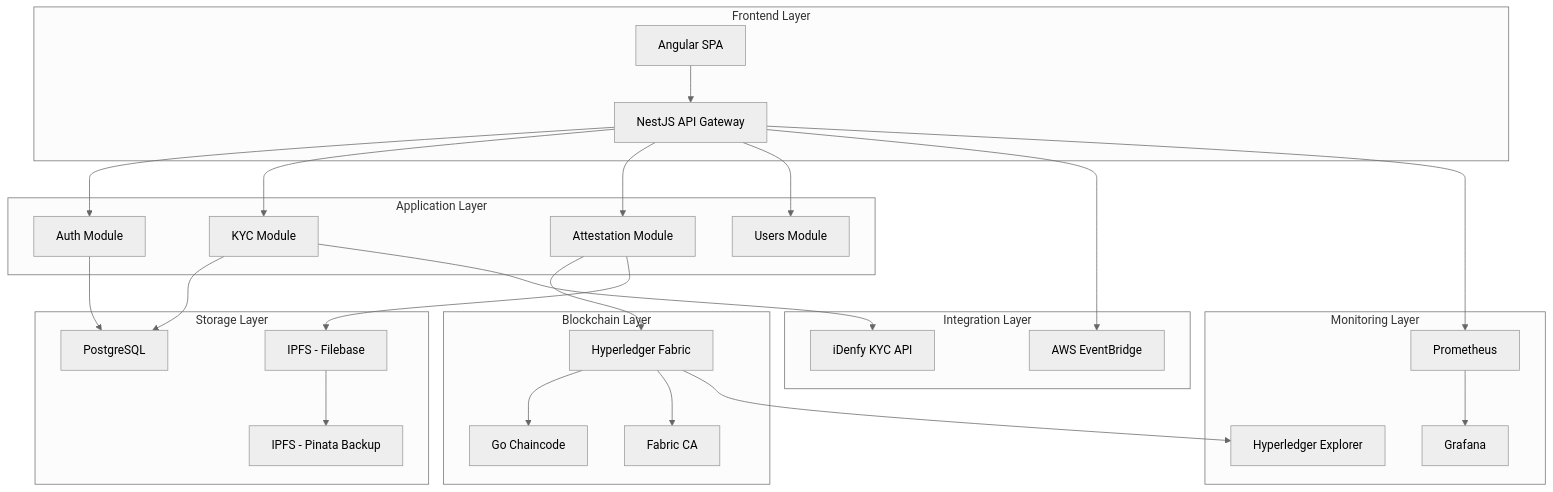
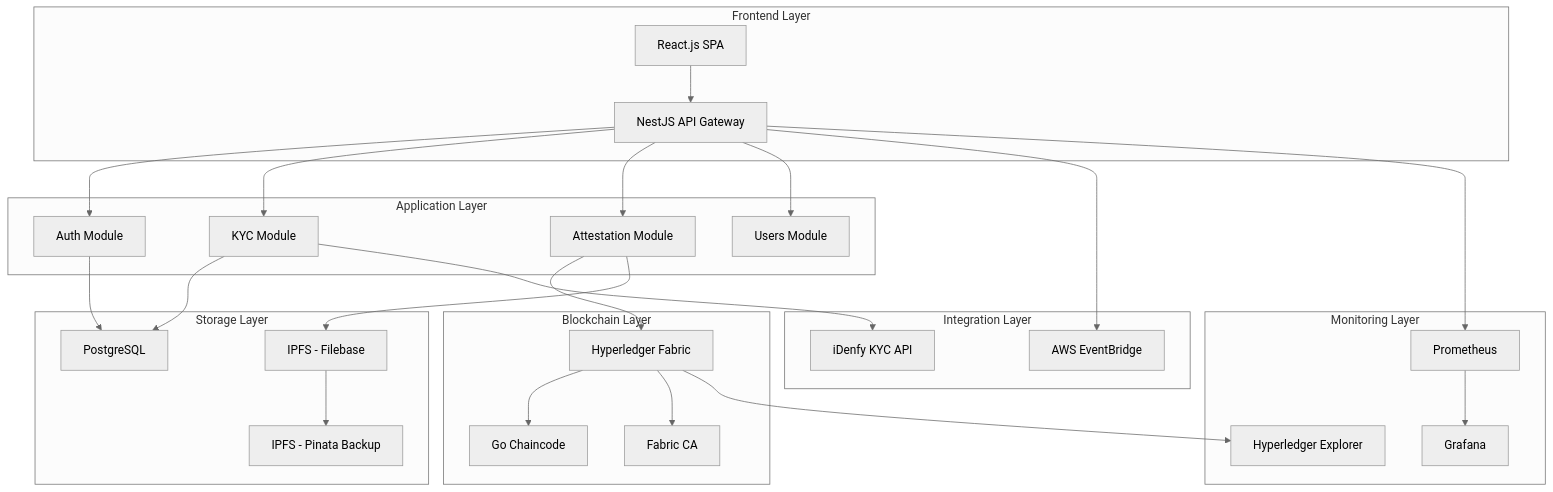
Before and after one commit to radmation/kyc-attestation-platform: the diagram in docs/TECHNICAL_SPECIFICATIONS.md, drawn with Mermaid (neutral theme). The commit also changed 3 other files, not shown here.

First line of the commit message:
refactor: Update frontend technology stack from Angular to React.js with shadcn/ui

````diff
--- a/docs/TECHNICAL_SPECIFICATIONS.md
+++ b/docs/TECHNICAL_SPECIFICATIONS.md
@@ -7,37 +7,37 @@
 ```mermaid
 graph TB
     subgraph "Frontend Layer"
-        A[Angular SPA] --> B[NestJS API Gateway]
+        A[React.js SPA] --> B[NestJS API Gateway]
     end
     
     subgraph "Application Layer"
         B --> C[Auth Module]
         B --> D[KYC Module]
         B --> E[Attestation Module]
         B --> F[Users Module]
     end
     
     subgraph "Blockchain Layer"
         E --> G[Hyperledger Fabric]
         G --> H[Go Chaincode]
         G --> I[Fabric CA]
     end
     
     subgraph "Storage Layer"
         C --> J[PostgreSQL]
         D --> J
         E --> K[IPFS - Filebase]
         K --> L[IPFS - Pinata Backup]
     end
     
     subgraph "Integration Layer"
         D --> M[iDenfy KYC API]
         B --> N[AWS EventBridge]
     end
     
     subgraph "Monitoring Layer"
         G --> O[Hyperledger Explorer]
         B --> P[Prometheus]
         P --> Q[Grafana]
     end
 ```
````
